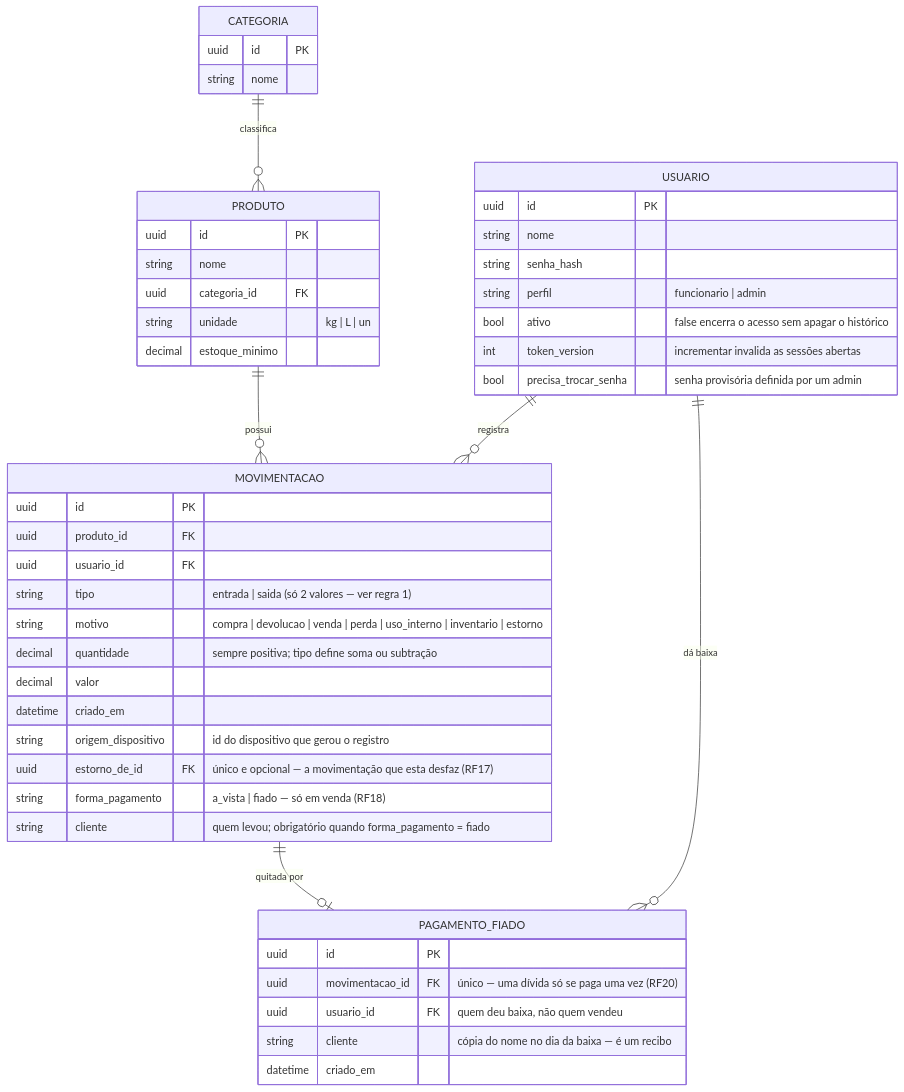
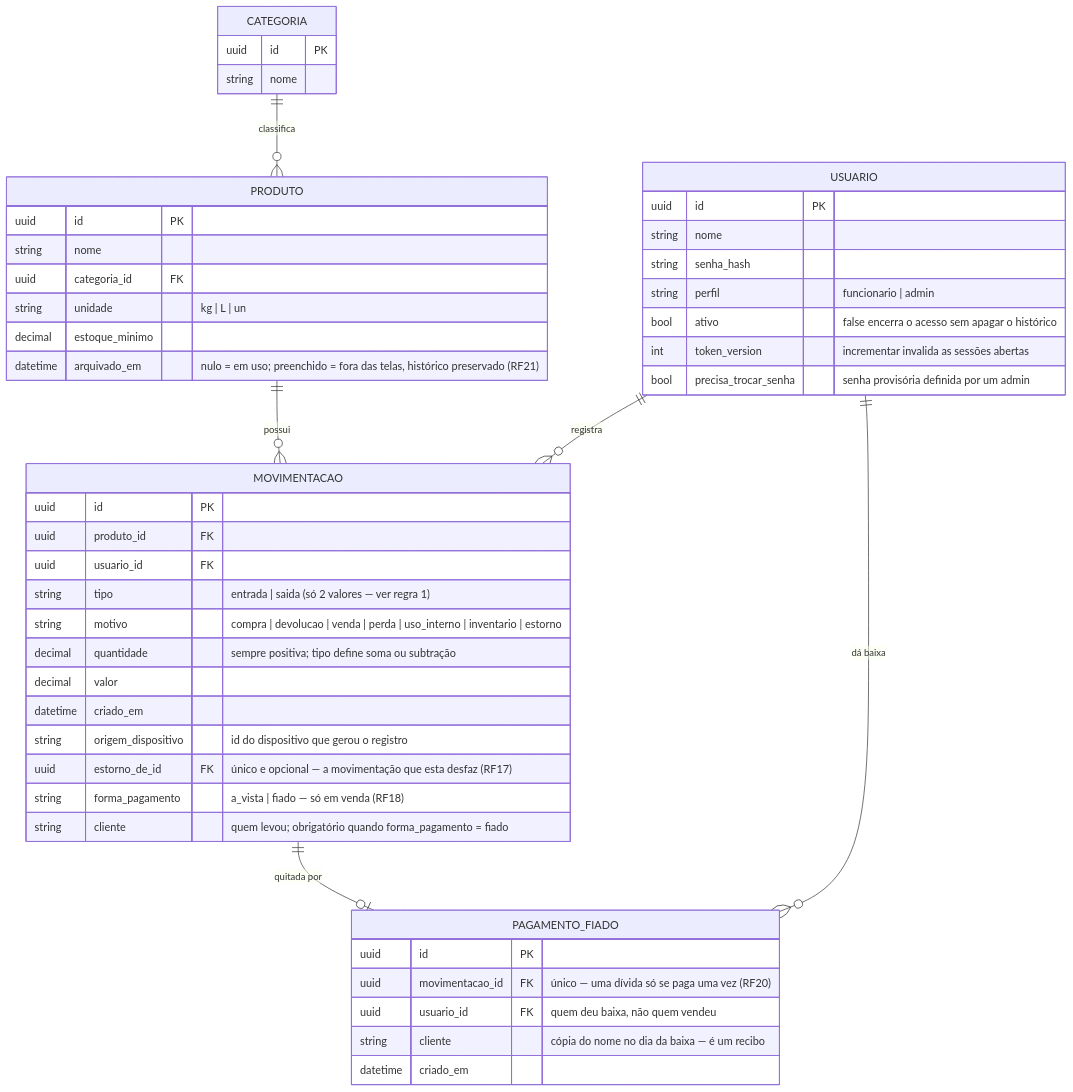
Before and after one commit to SergioGuthyerres/CONTROLE-ESTOQUE: the diagram in docs/especificacao-requisitos.md, drawn with Mermaid. The commit also changed other lines of this file and 8 other files, not shown here.

````diff
--- a/docs/especificacao-requisitos.md
+++ b/docs/especificacao-requisitos.md
@@ -48,50 +49,51 @@
 ```mermaid
 erDiagram
     USUARIO {
         uuid id PK
         string nome
         string senha_hash
         string perfil "funcionario | admin"
         bool ativo "false encerra o acesso sem apagar o histórico"
         int token_version "incrementar invalida as sessões abertas"
         bool precisa_trocar_senha "senha provisória definida por um admin"
     }
     CATEGORIA {
         uuid id PK
         string nome
     }
     PRODUTO {
         uuid id PK
         string nome
         uuid categoria_id FK
         string unidade "kg | L | un"
         decimal estoque_minimo
+        datetime arquivado_em "nulo = em uso; preenchido = fora das telas, histórico preservado (RF21)"
     }
     MOVIMENTACAO {
         uuid id PK
         uuid produto_id FK
         uuid usuario_id FK
         string tipo "entrada | saida (só 2 valores — ver regra 1)"
         string motivo "compra | devolucao | venda | perda | uso_interno | inventario | estorno"
         decimal quantidade "sempre positiva; tipo define soma ou subtração"
         decimal valor
         datetime criado_em
         string origem_dispositivo "id do dispositivo que gerou o registro"
         uuid estorno_de_id FK "único e opcional — a movimentação que esta desfaz (RF17)"
         string forma_pagamento "a_vista | fiado — só em venda (RF18)"
         string cliente "quem levou; obrigatório quando forma_pagamento = fiado"
     }
     PAGAMENTO_FIADO {
         uuid id PK
         uuid movimentacao_id FK "único — uma dívida só se paga uma vez (RF20)"
         uuid usuario_id FK "quem deu baixa, não quem vendeu"
         string cliente "cópia do nome no dia da baixa — é um recibo"
         datetime criado_em
     }
 
     CATEGORIA ||--o{ PRODUTO : classifica
     PRODUTO ||--o{ MOVIMENTACAO : possui
     USUARIO ||--o{ MOVIMENTACAO : registra
     MOVIMENTACAO ||--o| PAGAMENTO_FIADO : "quitada por"
     USUARIO ||--o{ PAGAMENTO_FIADO : "dá baixa"
 ```
````
